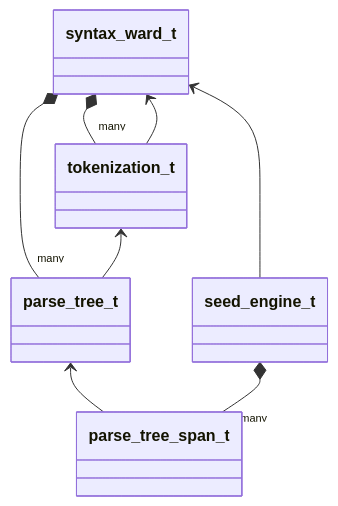
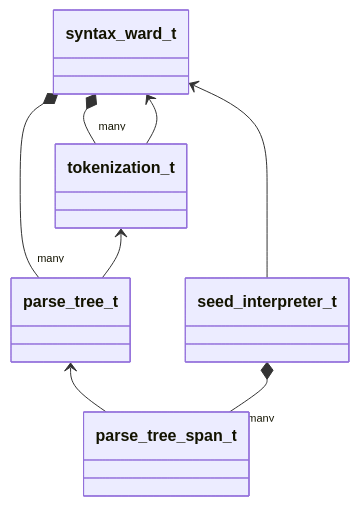
Before and after one commit to TobyBrull/silva: the diagram in cpp/syntax/readme.md, drawn with Mermaid. The commit also changed other lines of this file and 11 other files, not shown here.

Commit message:
rename seed_engine_t -> seed::interpreter_t

````diff
--- a/cpp/syntax/readme.md
+++ b/cpp/syntax/readme.md
@@ -16,10 +16,10 @@
 ```mermaid
 classDiagram
     syntax_ward_t *-- "many" tokenization_t
     syntax_ward_t *-- "many" parse_tree_t
     syntax_ward_t <-- tokenization_t
     tokenization_t <-- parse_tree_t
     parse_tree_t <-- parse_tree_span_t
-    seed_engine_t *-- "many" parse_tree_span_t
-    syntax_ward_t <-- seed_engine_t
+    seed_interpreter_t *-- "many" parse_tree_span_t
+    syntax_ward_t <-- seed_interpreter_t
 ```
````
